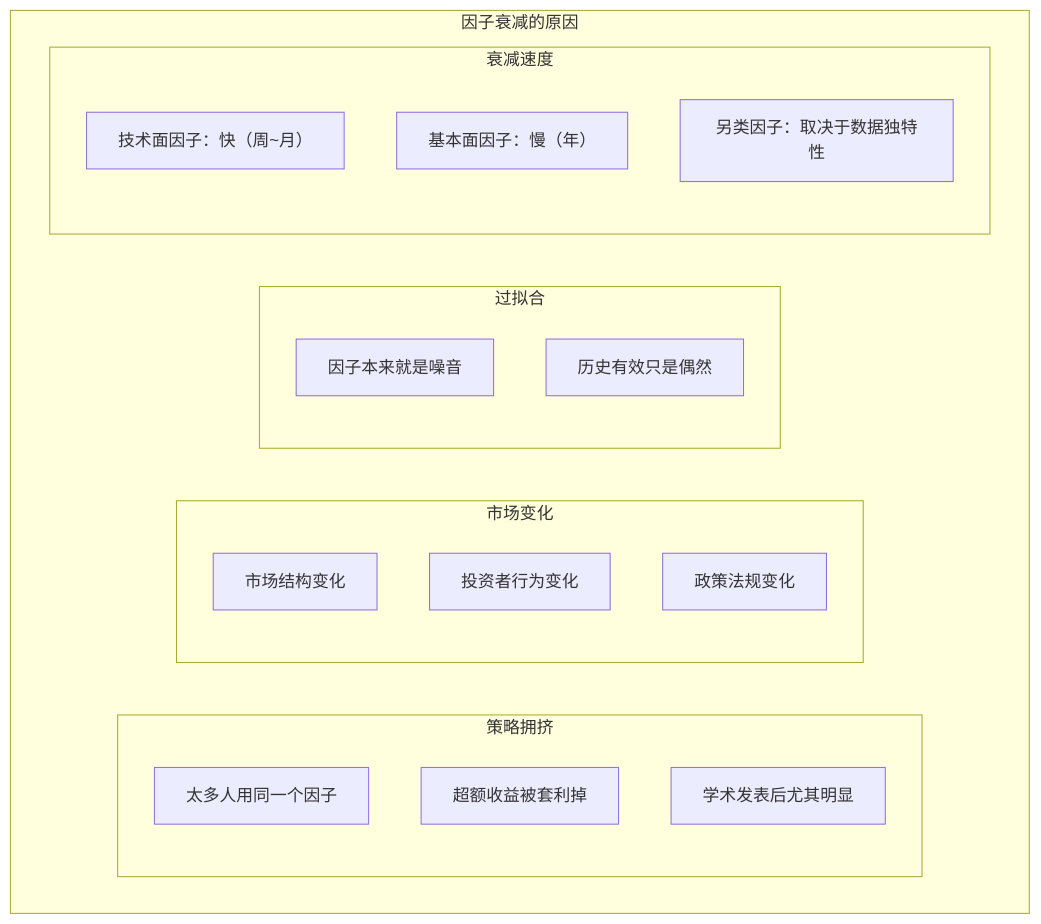
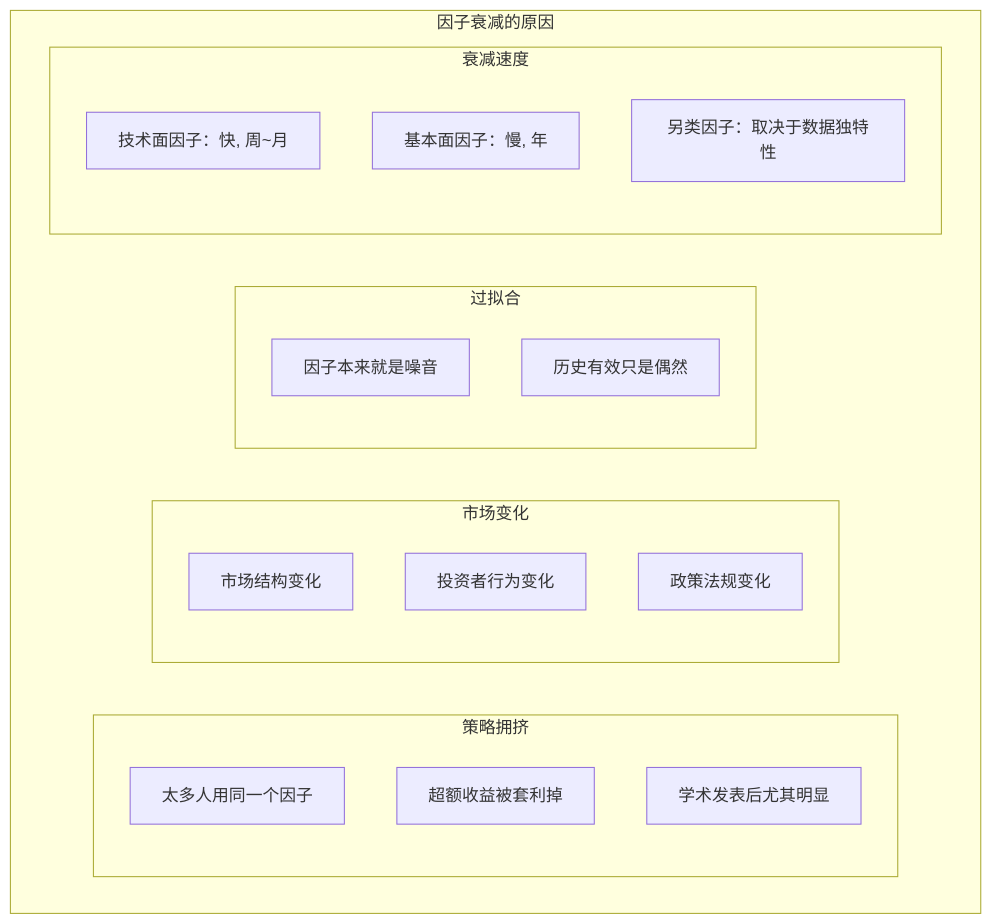
The fourth of 6 diagrams in content/articles/quant/quant-10-因子研究方法论.md (jpixy/jpixy.github.io), drawn with Mermaid before and after one commit. The commit also changed other lines of this file and 66 other files, not shown here.

Commit message:
fix: resolve Mermaid syntax errors by removing parentheses in node labels

````diff
--- a/content/articles/quant/quant-10-因子研究方法论.md
+++ b/content/articles/quant/quant-10-因子研究方法论.md
@@ -474,24 +474,24 @@
 ```mermaid
 graph TB
     subgraph 衰减原因["因子衰减的原因"]
         subgraph 策略拥挤
             Y1["太多人用同一个因子"]
             Y2["超额收益被套利掉"]
             Y3["学术发表后尤其明显"]
         end
         subgraph 市场变化
             S1["市场结构变化"]
             S2["投资者行为变化"]
             S3["政策法规变化"]
         end
         subgraph 过拟合
             G1["因子本来就是噪音"]
             G2["历史有效只是偶然"]
         end
         subgraph 衰减速度
-            SD1["技术面因子：快（周~月）"]
-            SD2["基本面因子：慢（年）"]
+            SD1["技术面因子：快, 周~月"]
+            SD2["基本面因子：慢, 年"]
             SD3["另类因子：取决于数据独特性"]
         end
     end
 ```
````
